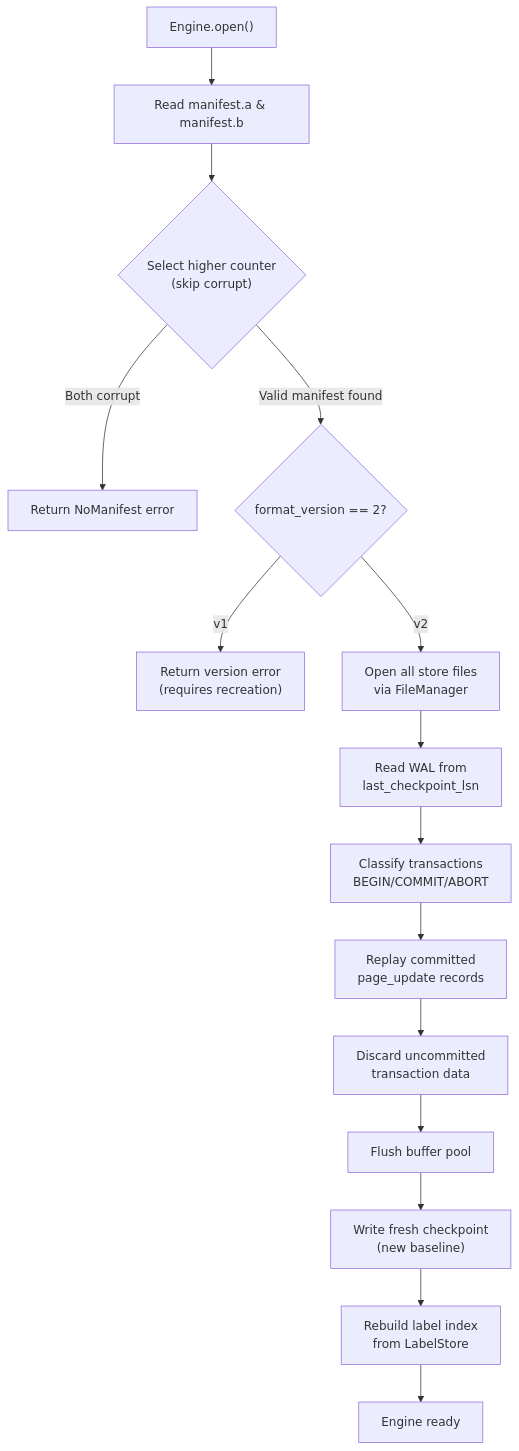
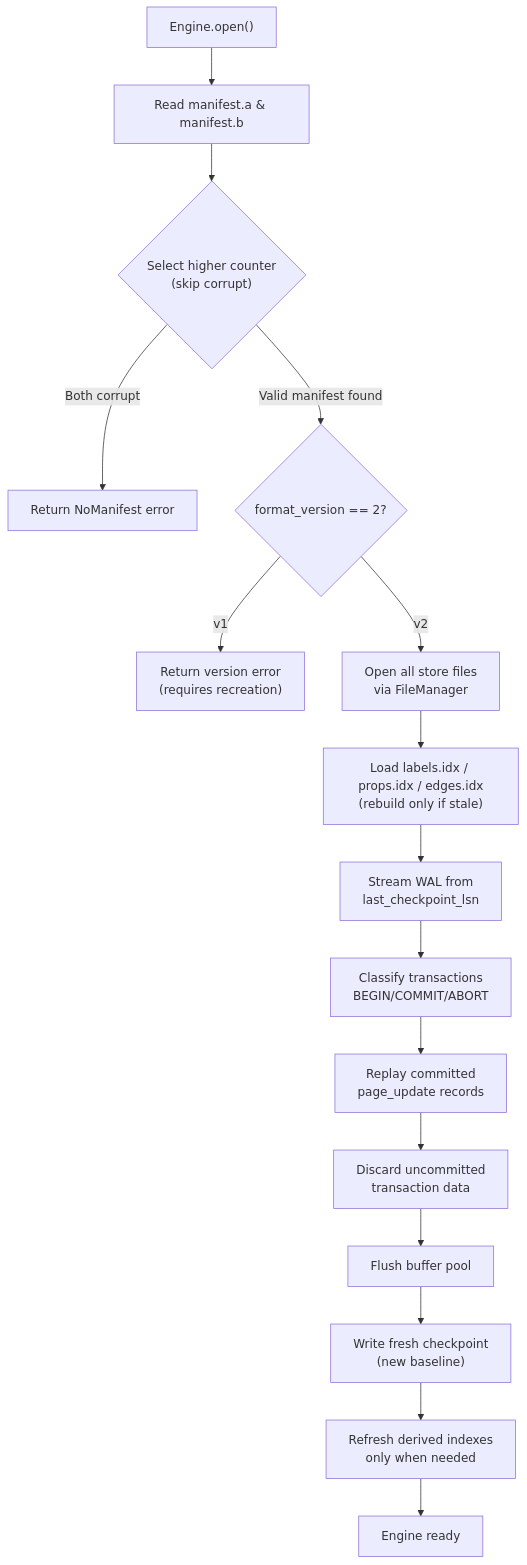
One commit to geodedb/zig-graph-storage changed the fourth of 5 diagrams in README.md. Above: the diagram before and after it, drawn with Mermaid. The commit also changed other lines of this file and 40 other files, not shown here.

Commit message:
Close graph storage audit gaps

````diff
--- a/README.md
+++ b/README.md
@@ -149,17 +149,18 @@
 ```mermaid
 flowchart TD
     Start["Engine.open()"] --> ReadManifest["Read manifest.a & manifest.b"]
     ReadManifest --> SelectManifest{"Select higher counter<br/>(skip corrupt)"}
     SelectManifest -->|"Both corrupt"| Fail["Return NoManifest error"]
     SelectManifest -->|"Valid manifest found"| CheckVersion{"format_version == 2?"}
     CheckVersion -->|"v1"| MigrationError["Return version error<br/>(requires recreation)"]
     CheckVersion -->|"v2"| OpenFiles["Open all store files<br/>via FileManager"]
-    OpenFiles --> ReadWAL["Read WAL from<br/>last_checkpoint_lsn"]
+    OpenFiles --> LoadIndexes["Load labels.idx / props.idx / edges.idx<br/>(rebuild only if stale)"]
+    LoadIndexes --> ReadWAL["Stream WAL from<br/>last_checkpoint_lsn"]
     ReadWAL --> ClassifyTxn["Classify transactions<br/>BEGIN/COMMIT/ABORT"]
     ClassifyTxn --> Replay["Replay committed<br/>page_update records"]
     Replay --> DiscardUncommitted["Discard uncommitted<br/>transaction data"]
     DiscardUncommitted --> FlushBP["Flush buffer pool"]
     FlushBP --> FreshCheckpoint["Write fresh checkpoint<br/>(new baseline)"]
-    FreshCheckpoint --> RebuildIndexes["Rebuild label index<br/>from LabelStore"]
+    FreshCheckpoint --> RebuildIndexes["Refresh derived indexes<br/>only when needed"]
     RebuildIndexes --> Ready["Engine ready"]
 ```
````
